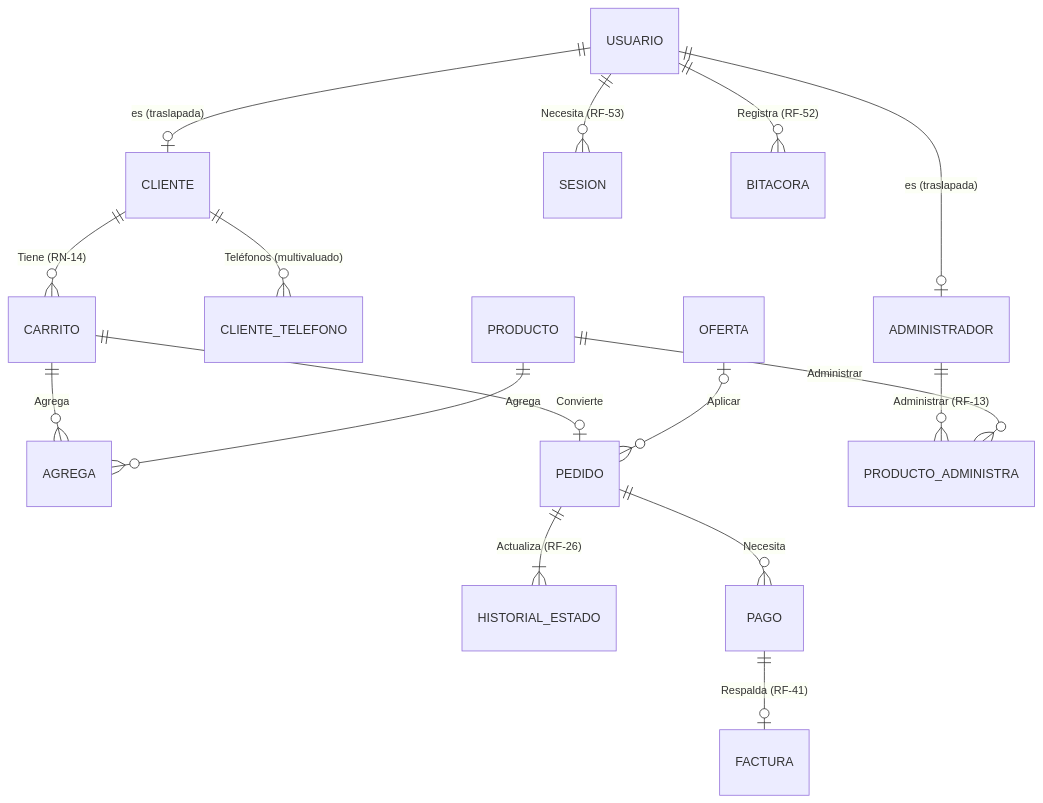
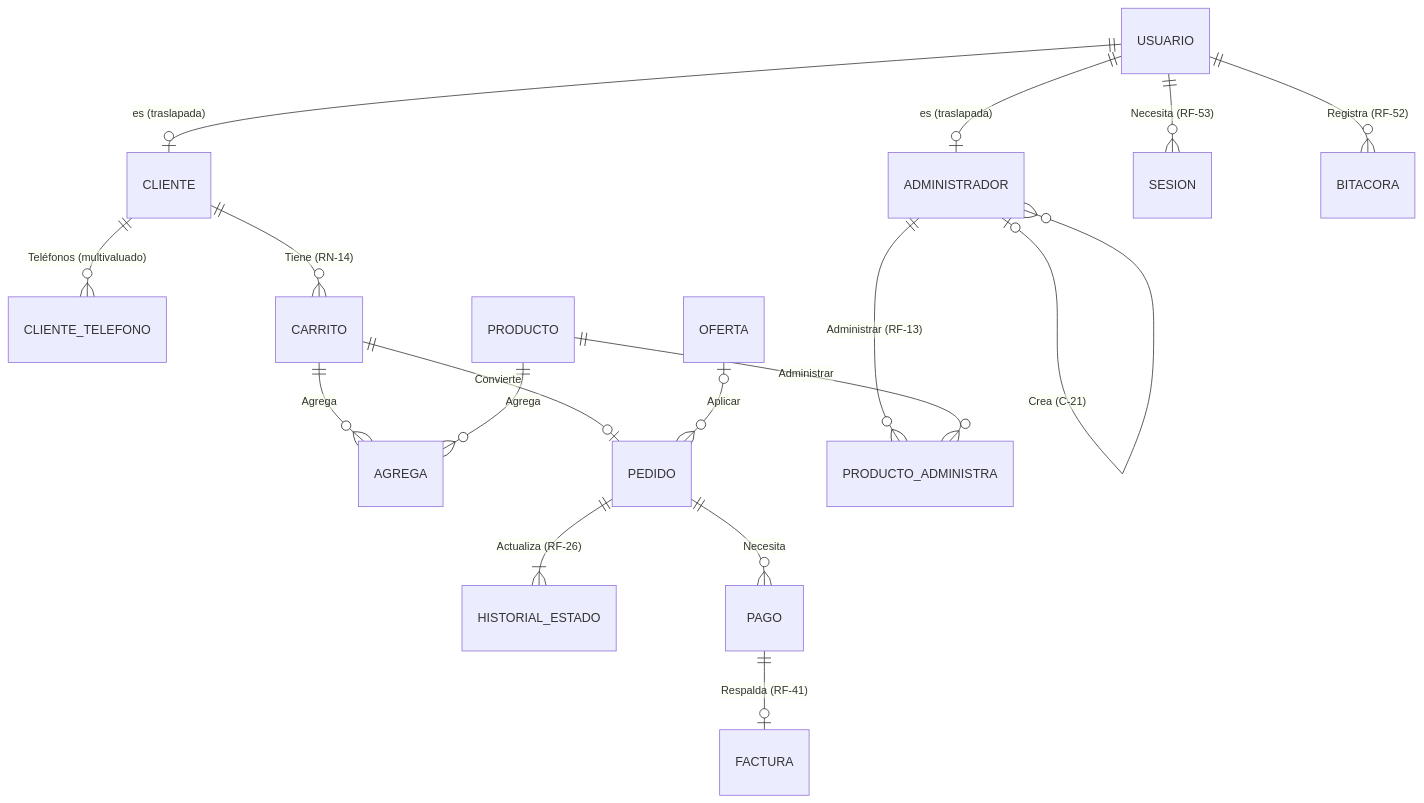
One commit to juanselospi/21CoPilots_PIBasesIngesoft changed the diagram in documentos/diseño/modelo-datos.md. Above: the diagram before and after it, drawn with Mermaid. The commit also changed other lines of this file and 9 other files, not shown here.

````diff
--- a/documentos/diseño/modelo-datos.md
+++ b/documentos/diseño/modelo-datos.md
@@ -42,18 +42,19 @@
 ```mermaid
 erDiagram
     USUARIO ||--o| ADMINISTRADOR : "es (traslapada)"
     USUARIO ||--o| CLIENTE : "es (traslapada)"
     USUARIO ||--o{ SESION : "Necesita (RF-53)"
     CLIENTE ||--o{ CLIENTE_TELEFONO : "Teléfonos (multivaluado)"
     CLIENTE ||--o{ CARRITO : "Tiene (RN-14)"
     CARRITO ||--o{ AGREGA : Agrega
     PRODUCTO ||--o{ AGREGA : Agrega
     CARRITO ||--o| PEDIDO : Convierte
     OFERTA |o--o{ PEDIDO : Aplicar
     PEDIDO ||--|{ HISTORIAL_ESTADO : "Actualiza (RF-26)"
     PEDIDO ||--o{ PAGO : Necesita
     PAGO ||--o| FACTURA : "Respalda (RF-41)"
     ADMINISTRADOR ||--o{ PRODUCTO_ADMINISTRA : "Administrar (RF-13)"
     PRODUCTO ||--o{ PRODUCTO_ADMINISTRA : Administrar
     USUARIO ||--o{ BITACORA : "Registra (RF-52)"
+    ADMINISTRADOR |o--o{ ADMINISTRADOR : "Crea (C-21)"
 ```
````
